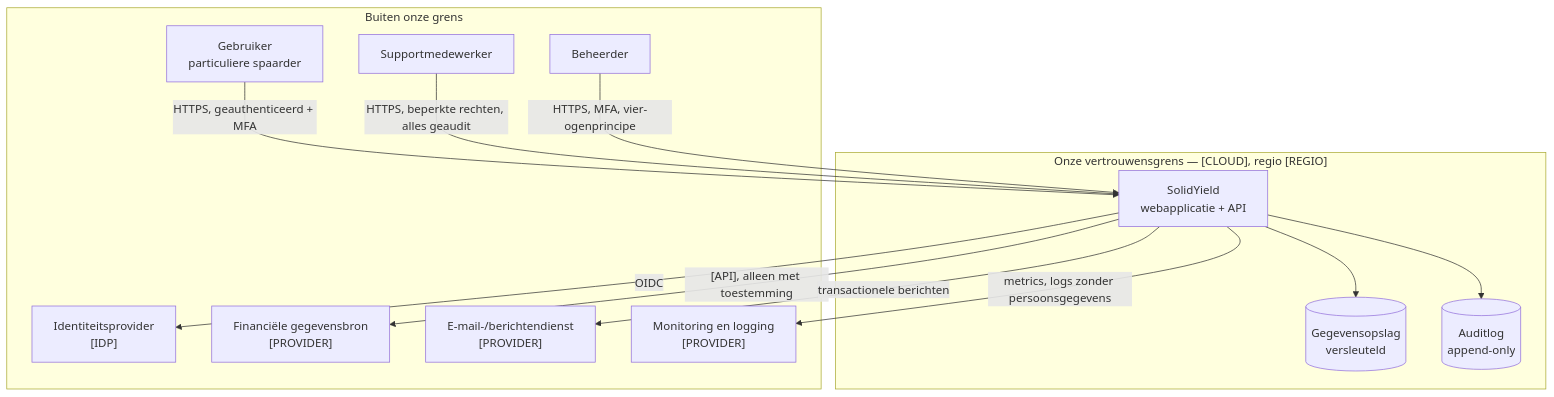
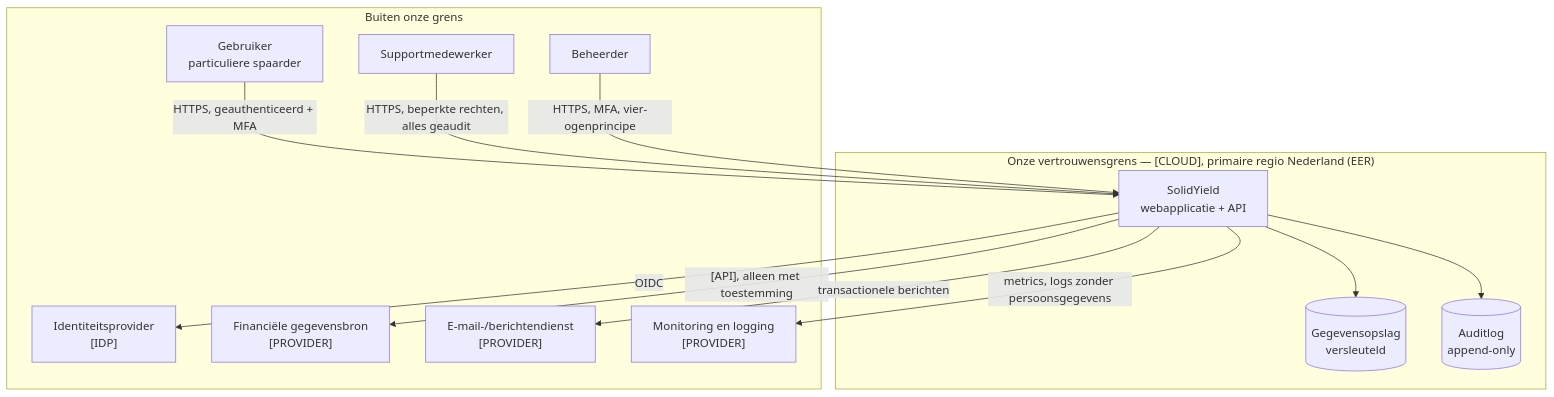
One commit to WildcatKSS/SolidYield changed the diagram in docs/architecture/system-context.md. Above: the diagram before and after it, drawn with Mermaid. The commit also changed other lines of this file and 17 other files, not shown here.

````diff
--- a/docs/architecture/system-context.md
+++ b/docs/architecture/system-context.md
@@ -11,28 +11,28 @@
 ```mermaid
 graph TB
     subgraph external["Buiten onze grens"]
         U["Gebruiker<br/>particuliere spaarder"]
         S["Supportmedewerker"]
         A["Beheerder"]
         IDP["Identiteitsprovider<br/>[IDP]"]
         FIN["Financiële gegevensbron<br/>[PROVIDER]"]
         MAIL["E-mail-/berichtendienst<br/>[PROVIDER]"]
         OBS["Monitoring en logging<br/>[PROVIDER]"]
     end
 
-    subgraph trust["Onze vertrouwensgrens — [CLOUD], regio [REGIO]"]
+    subgraph trust["Onze vertrouwensgrens — [CLOUD], primaire regio Nederland (EER)"]
         APP["SolidYield<br/>webapplicatie + API"]
         DB[("Gegevensopslag<br/>versleuteld")]
         AUDIT[("Auditlog<br/>append-only")]
     end
 
     U -->|"HTTPS, geauthenticeerd + MFA"| APP
     S -->|"HTTPS, beperkte rechten, alles geaudit"| APP
     A -->|"HTTPS, MFA, vier-ogenprincipe"| APP
     APP -->|"OIDC"| IDP
     APP -->|"[API], alleen met toestemming"| FIN
     APP -->|"transactionele berichten"| MAIL
     APP --> DB
     APP --> AUDIT
     APP -->|"metrics, logs zonder persoonsgegevens"| OBS
 ```
````
